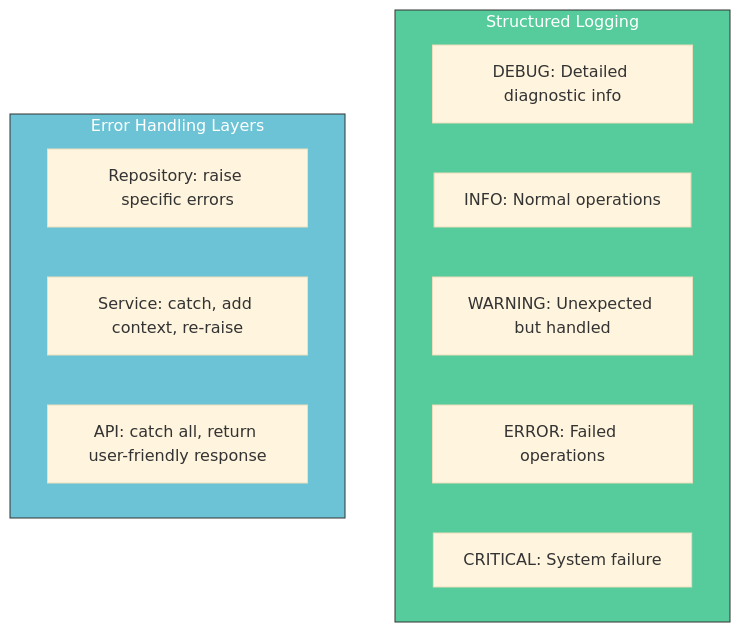
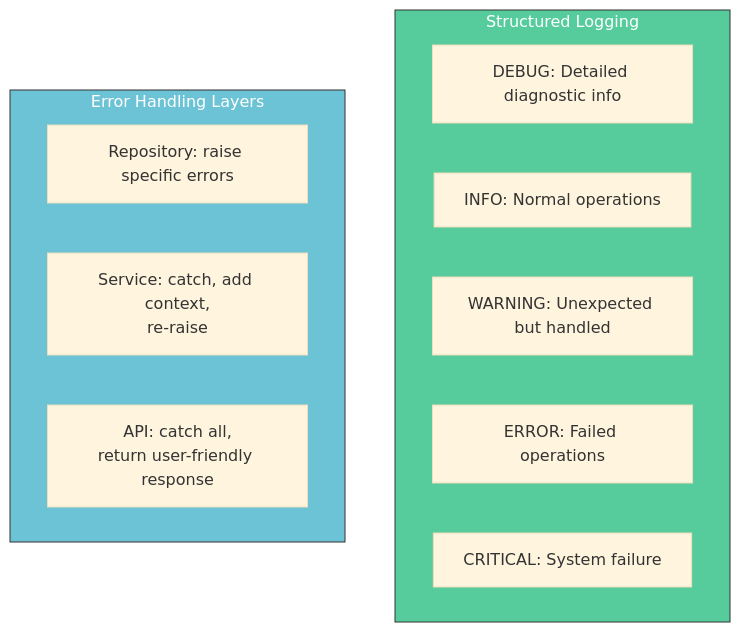
Before and after one commit to tanquangduong/tanquangduong.github.io: the ninth of 10 diagrams in posts/swe-interview/Python-SWE-Interview-QA-3.qmd, drawn with Mermaid (base theme). The commit also changed other lines of this file and 10 other files, not shown here.

````diff
--- a/posts/swe-interview/Python-SWE-Interview-QA-3.qmd
+++ b/posts/swe-interview/Python-SWE-Interview-QA-3.qmd
@@ -910,20 +913,20 @@
 ```{mermaid}
 graph TD
     linkStyle default stroke:#000,color:#000
     subgraph Logging["Structured Logging"]
         L1["DEBUG: Detailed diagnostic info"]
         L2["INFO: Normal operations"]
         L3["WARNING: Unexpected but handled"]
         L4["ERROR: Failed operations"]
         L5["CRITICAL: System failure"]
     end
 
     subgraph ErrorFlow["Error Handling Layers"]
         E1["Repository: raise specific errors"]
-        E2["Service: catch, add context, re-raise"]
-        E3["API: catch all, return user-friendly response"]
+        E2["Service: catch, add context,<br/>re-raise"]
+        E3["API: catch all,<br/>return user-friendly response"]
     end
 
     style Logging fill:#56cc9d,stroke:#333,color:#fff
     style ErrorFlow fill:#6cc3d5,stroke:#333,color:#fff
 ```
````
